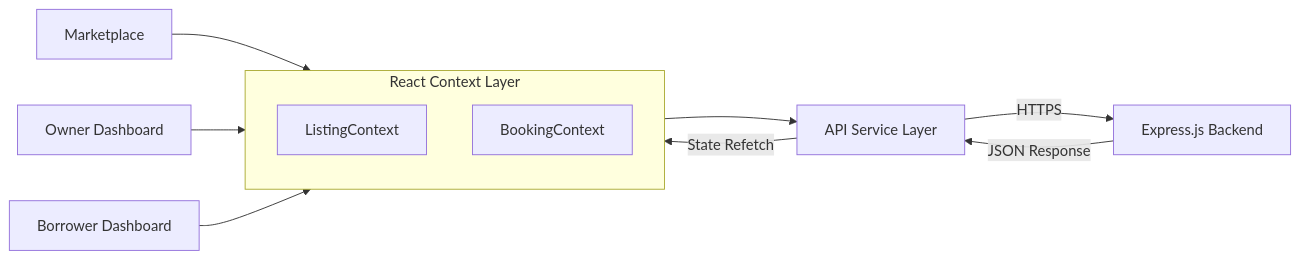
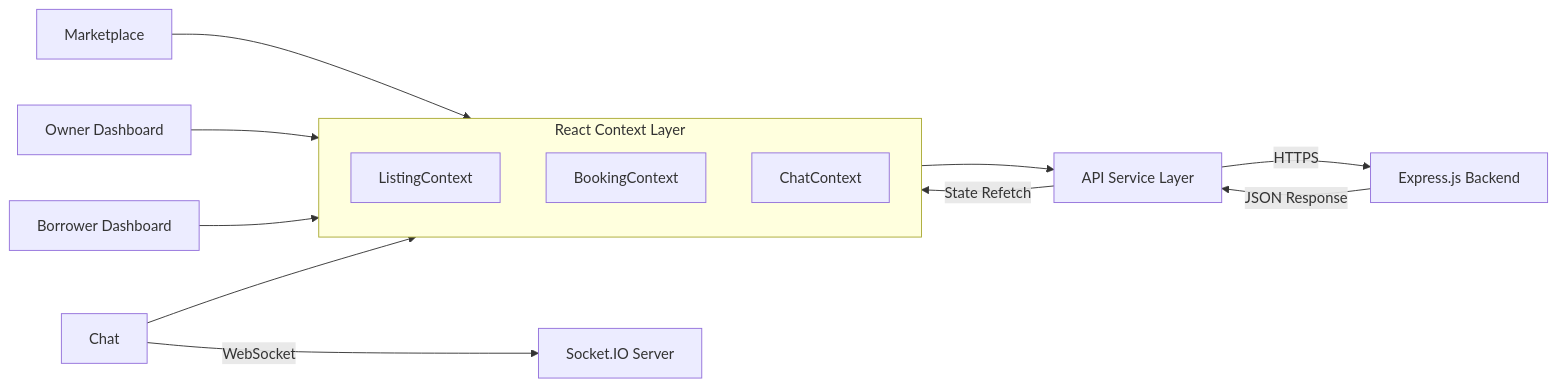
One commit to vedchoraria/Campus-Rent changed the second of 2 diagrams in README.md. Above: the diagram before and after it, drawn with Mermaid. The commit also changed other lines of this file, not shown here.

````diff
--- a/README.md
+++ b/README.md
@@ -150,16 +169,19 @@
 ```mermaid
 graph LR
     MP["Marketplace"] --> CTX
     OD["Owner Dashboard"] --> CTX
     BD["Borrower Dashboard"] --> CTX
+    CH["Chat"] --> CTX
 
     subgraph CTX["React Context Layer"]
         LC["ListingContext"]
         BC["BookingContext"]
+        CC["ChatContext"]
     end
 
     CTX --> SVC["API Service Layer"]
     SVC -->|"HTTPS"| API["Express.js Backend"]
     API -->|"JSON Response"| SVC
     SVC -->|"State Refetch"| CTX
+    CH -->|"WebSocket"| SOCK["Socket.IO Server"]
 ```
````
